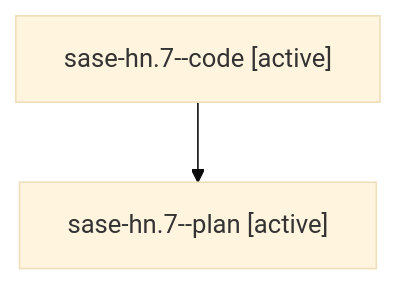
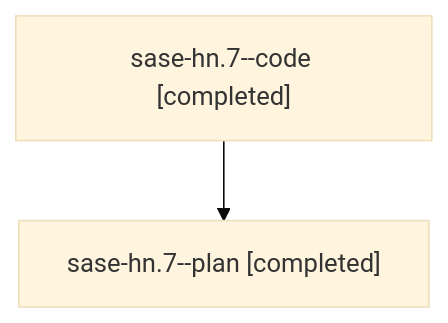
Before and after one commit to sase-org/sase--agents: the diagram in families/bbugyi200.athena.sase-hn.7.md, drawn with Mermaid (base theme). The commit also changed other lines of this file and 131 other files, not shown here.

````diff
--- a/families/bbugyi200.athena.sase-hn.7.md
+++ b/families/bbugyi200.athena.sase-hn.7.md
@@ -9,6 +9,6 @@
 ```mermaid
 flowchart TD
-  n0["sase-hn.7--code [active]"]
-  n1["sase-hn.7--plan [active]"]
+  n0["sase-hn.7--code [completed]"]
+  n1["sase-hn.7--plan [completed]"]
   n0 --> n1
 ```
````
